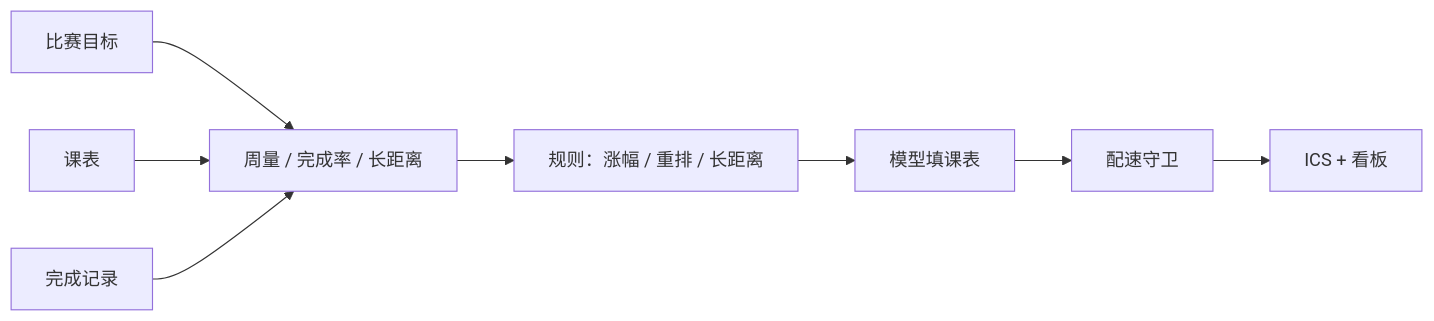
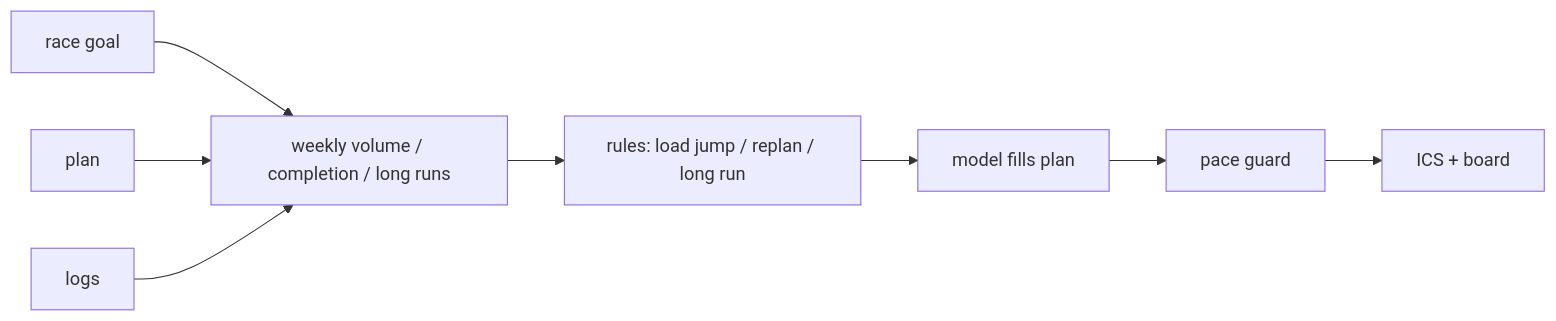
Before and after one commit to wushiyi105-jpg/pace: the diagram in README.en.md, drawn with Mermaid. The commit also changed other lines of this file and 4 other files, not shown here.

````diff
--- a/README.en.md
+++ b/README.en.md
@@ -66,10 +69,10 @@
 ```mermaid
 graph LR
-  A[比赛目标] --> M[五区间配速]
-  B[课表] --> M[周量 / 完成率 / 长距离]
-  C[完成记录] --> M
-  M --> R[规则：涨幅 / 重排 / 长距离]
-  R --> P[模型填课表]
-  P --> G[配速守卫]
-  G --> O[ICS + 看板]
+  A[race goal] --> M[five pace zones]
+  B[plan] --> M[weekly volume / completion / long runs]
+  C[logs] --> M
+  M --> R[rules: load jump / replan / long run]
+  R --> P[model fills plan]
+  P --> G[pace guard]
+  G --> O[ICS + board]
 ```
````
